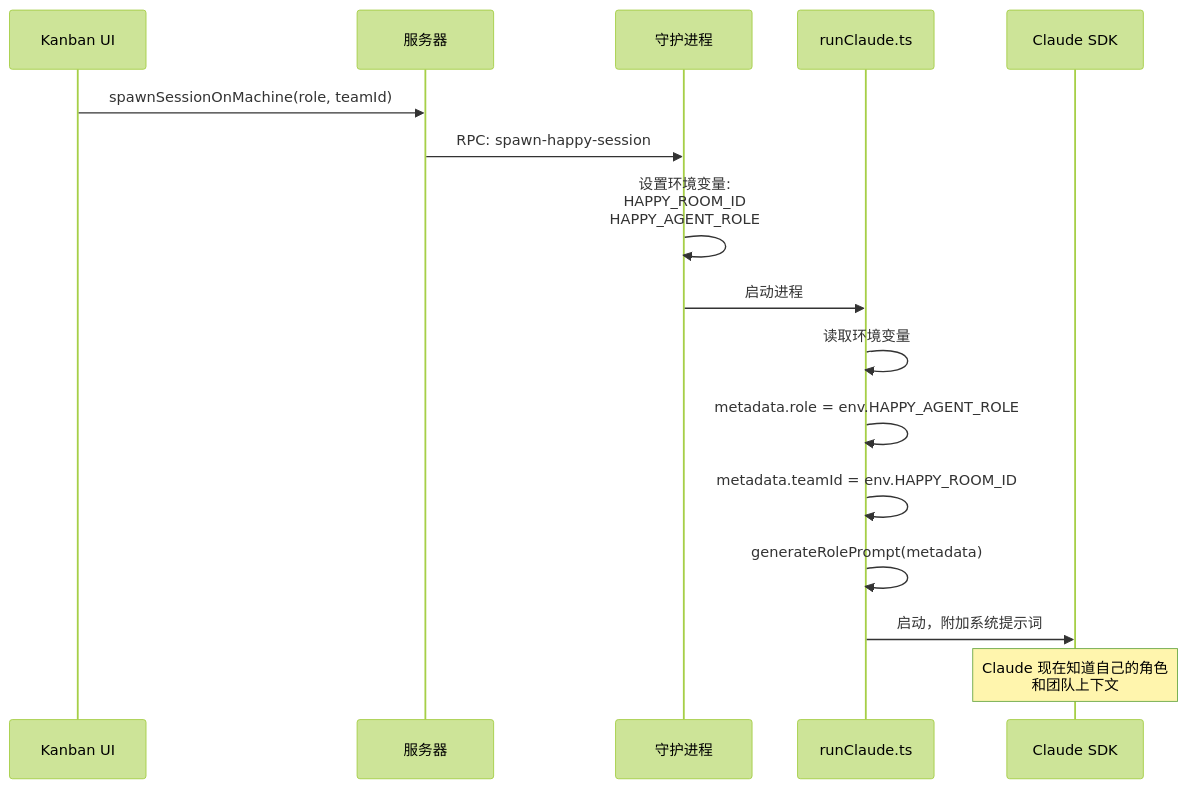
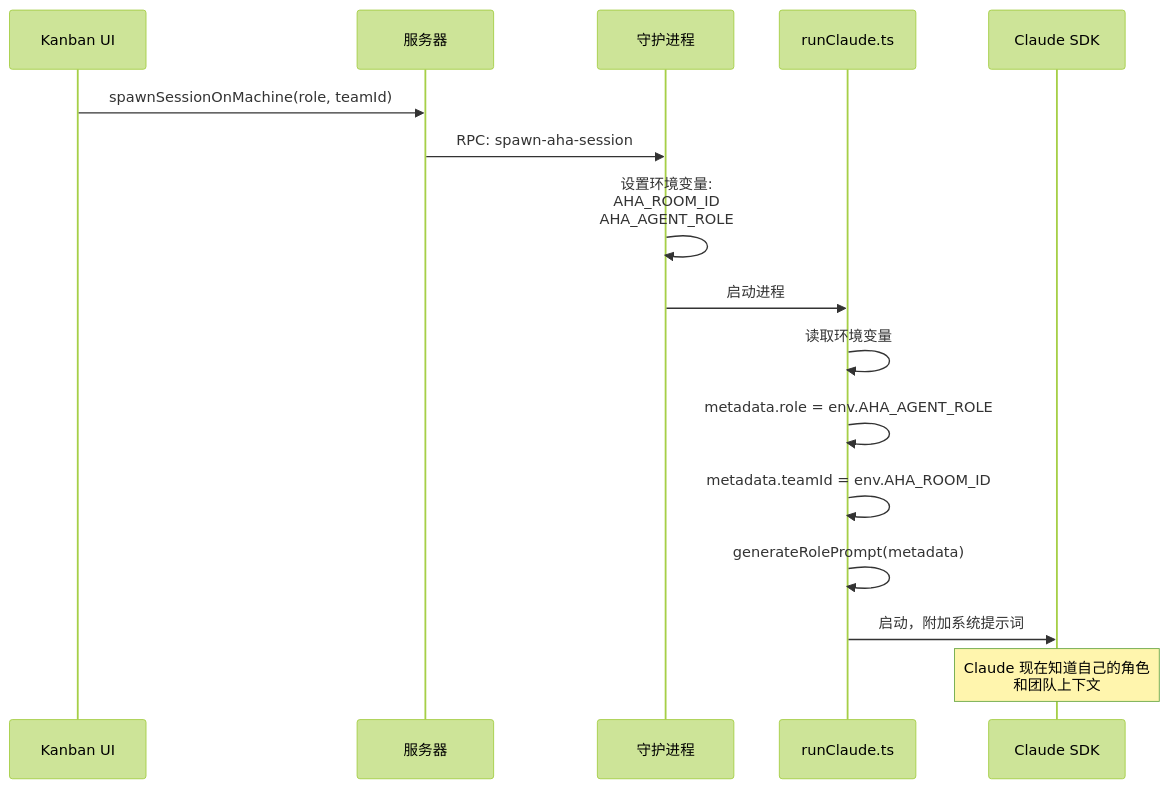
One commit to Mozart-Orchestra/aha-client changed the second of 6 diagrams in docs/TEAM_COLLABORATION_ARCHITECTURE.md. Above: the diagram before and after it, drawn with Mermaid (forest theme). The commit also changed other lines of this file and 36 other files, not shown here.

First line of the commit message:
refactor: rename internal 'happy' references to 'aha'

````diff
--- a/docs/TEAM_COLLABORATION_ARCHITECTURE.md
+++ b/docs/TEAM_COLLABORATION_ARCHITECTURE.md
@@ -56,19 +56,19 @@
 ```mermaid
 sequenceDiagram
     participant K as Kanban UI
     participant S as 服务器
     participant D as 守护进程
     participant R as runClaude.ts
     participant C as Claude SDK
 
     K->>S: spawnSessionOnMachine(role, teamId)
-    S->>D: RPC: spawn-happy-session
-    D->>D: 设置环境变量:<br/>HAPPY_ROOM_ID<br/>HAPPY_AGENT_ROLE
+    S->>D: RPC: spawn-aha-session
+    D->>D: 设置环境变量:<br/>AHA_ROOM_ID<br/>AHA_AGENT_ROLE
     D->>R: 启动进程
     R->>R: 读取环境变量
-    R->>R: metadata.role = env.HAPPY_AGENT_ROLE
-    R->>R: metadata.teamId = env.HAPPY_ROOM_ID
+    R->>R: metadata.role = env.AHA_AGENT_ROLE
+    R->>R: metadata.teamId = env.AHA_ROOM_ID
     R->>R: generateRolePrompt(metadata)
     R->>C: 启动，附加系统提示词
     Note over C: Claude 现在知道自己的角色<br/>和团队上下文
 ```
````
